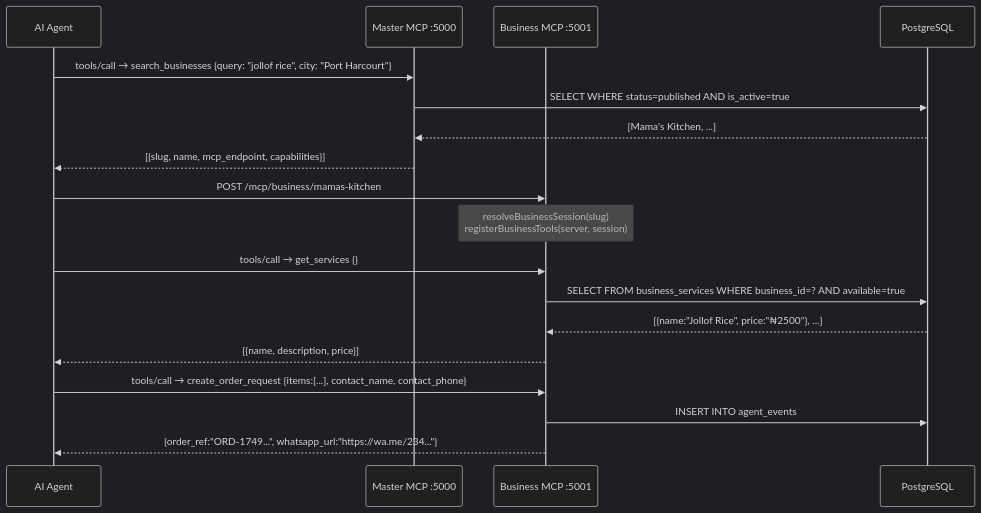
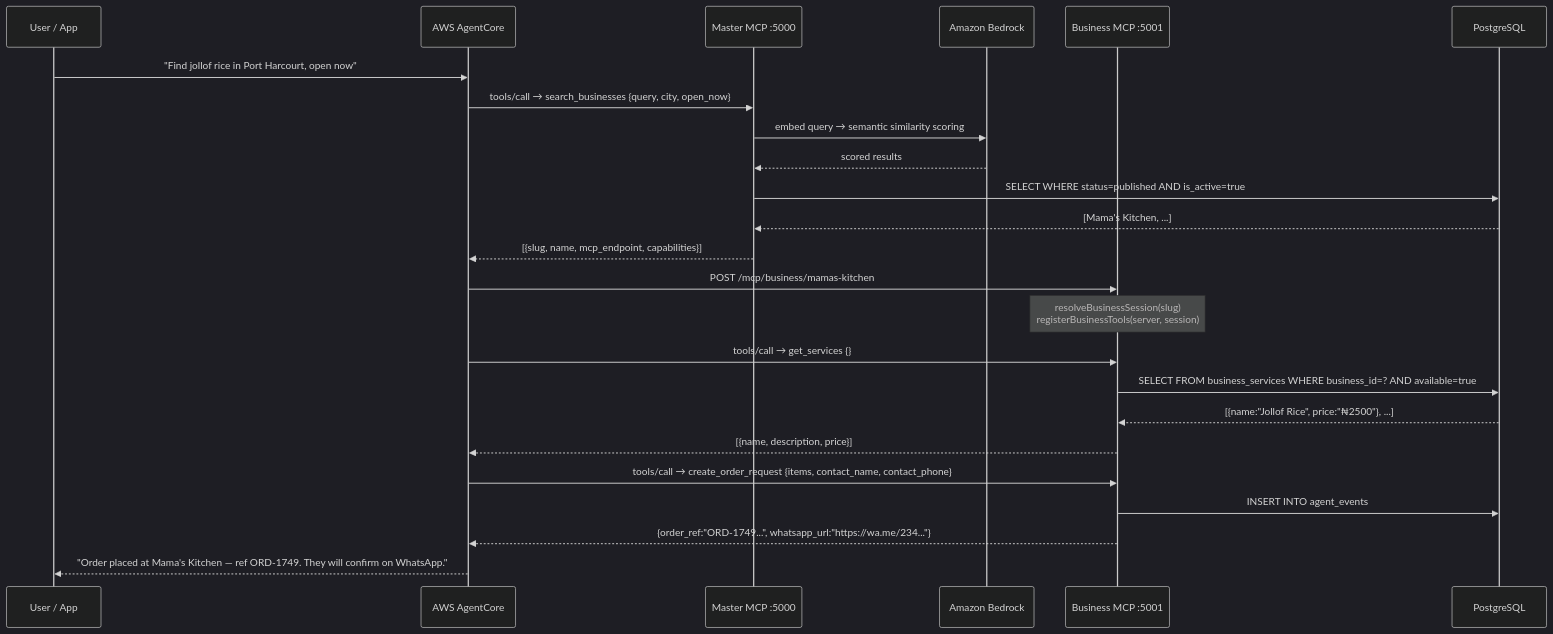
One commit to De-real-iManuel/Kiosk-mcp changed the second of 6 diagrams in README.md. Above: the diagram before and after it, drawn with Mermaid (dark theme). The commit also changed other lines of this file and 2 other files, not shown here.

First line of the commit message:
docs: expand README with problem statement and architecture clarity

````diff
--- a/README.md
+++ b/README.md
@@ -99,23 +147,29 @@
 ```mermaid
 sequenceDiagram
-    participant A as AI Agent
+    participant U as User / App
+    participant AC as AWS AgentCore
     participant M as Master MCP :5000
+    participant BR as Amazon Bedrock
     participant B as Business MCP :5001
     participant DB as PostgreSQL
 
-    A->>M: tools/call → search_businesses {query: "jollof rice", city: "Port Harcourt"}
+    U->>AC: "Find jollof rice in Port Harcourt, open now"
+    AC->>M: tools/call → search_businesses {query, city, open_now}
+    M->>BR: embed query → semantic similarity scoring
+    BR-->>M: scored results
     M->>DB: SELECT WHERE status=published AND is_active=true
     DB-->>M: [Mama's Kitchen, ...]
-    M-->>A: [{slug, name, mcp_endpoint, capabilities}]
+    M-->>AC: [{slug, name, mcp_endpoint, capabilities}]
 
-    A->>B: POST /mcp/business/mamas-kitchen
+    AC->>B: POST /mcp/business/mamas-kitchen
     Note over B: resolveBusinessSession(slug)<br/>registerBusinessTools(server, session)
-    A->>B: tools/call → get_services {}
+    AC->>B: tools/call → get_services {}
     B->>DB: SELECT FROM business_services WHERE business_id=? AND available=true
     DB-->>B: [{name:"Jollof Rice", price:"₦2500"}, ...]
-    B-->>A: [{name, description, price}]
+    B-->>AC: [{name, description, price}]
 
-    A->>B: tools/call → create_order_request {items:[...], contact_name, contact_phone}
+    AC->>B: tools/call → create_order_request {items, contact_name, contact_phone}
     B->>DB: INSERT INTO agent_events
-    B-->>A: {order_ref:"ORD-1749...", whatsapp_url:"https://wa.me/234..."}
+    B-->>AC: {order_ref:"ORD-1749...", whatsapp_url:"https://wa.me/234..."}
+    AC-->>U: "Order placed at Mama's Kitchen — ref ORD-1749. They will confirm on WhatsApp."
 ```
````
